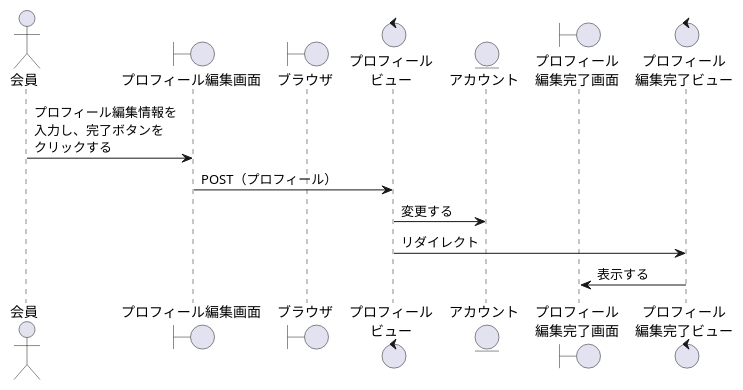
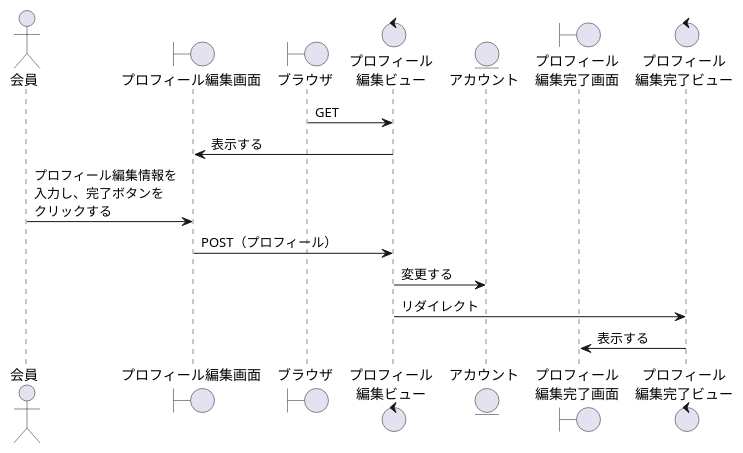
The diagram in 卒業研究/プロフィール編集.wsd (ysyk-wtnb16/team_D), drawn with PlantUML before and after one commit. The commit also changed 3 other files, not shown here.

```diff
--- a/卒業研究/プロフィール編集.wsd
+++ b/卒業研究/プロフィール編集.wsd
@@ -1,15 +1,17 @@
-@startuml syouhin_touroku
-actor "会員" as act
-boundary "プロフィール編集画面" as ProfileEditb
-boundary "ブラウザ" as brz
-control "プロフィール\nビュー" as Profilev
-entity "アカウント" as account
-boundary "プロフィール\n編集完了画面" as Profileokb
-control "プロフィール\n編集完了ビュー" as ProfileEditc
+' @startuml syouhin_touroku
+' actor "会員" as user
+' boundary "プロフィール編集画面" as ProfileEditb
+' boundary "ブラウザ" as brz
+' control "プロフィール\n編集ビュー" as ProfileEditv
+' entity "アカウント" as account
+' boundary "プロフィール\n編集完了画面" as Profileokb
+' control "プロフィール\n編集完了ビュー" as ProfileEditc
 
-act -> ProfileEditb: プロフィール編集情報を\n入力し、完了ボタンを\nクリックする
-ProfileEditb -> Profilev: POST（プロフィール）
-Profilev -> account: 変更する
-Profilev -> ProfileEditc: リダイレクト 
-Profileokb <- ProfileEditc: 表示する
-@enduml
+' brz -> ProfileEditv:GET
+' ProfileEditb <- ProfileEditv:表示する
+' user -> ProfileEditb: プロフィール編集情報を\n入力し、完了ボタンを\nクリックする
+' ProfileEditb -> ProfileEditv: POST（プロフィール）
+' ProfileEditv -> account: 変更する
+' ProfileEditv -> ProfileEditc: リダイレクト 
+' Profileokb <- ProfileEditc: 表示する
+' @enduml
```
